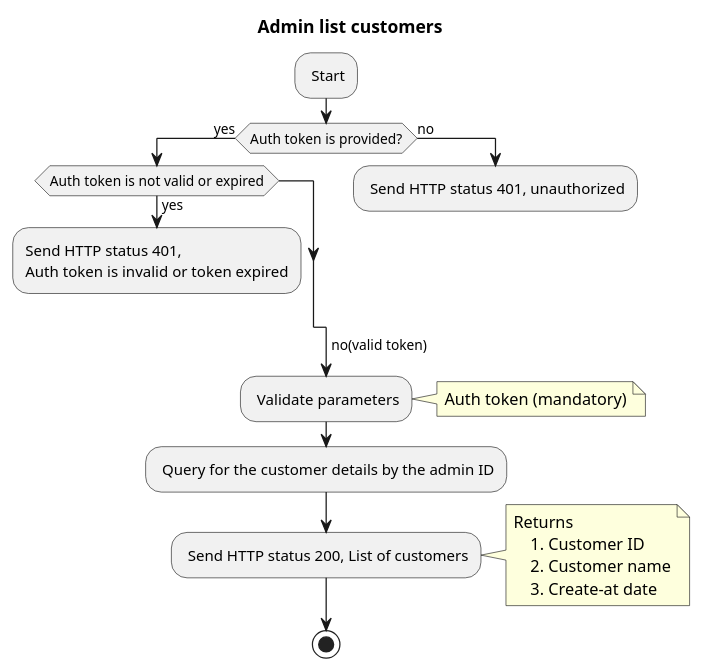
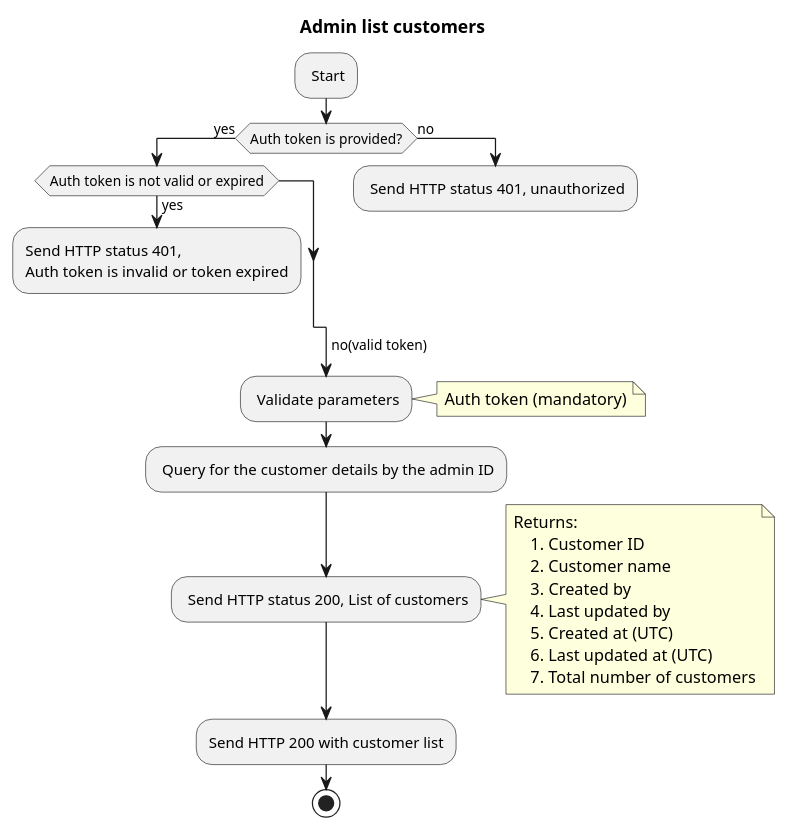
The diagram in docsrc/apidocs/api-workflow/api-admin/admin-get-customer-list.puml (SonySemiconductorSolutions/aitrios-sample-tool-angle-adjustment), drawn with PlantUML before and after one commit. The commit also changed 251 other files, not shown here.

```diff
--- a/docsrc/apidocs/api-workflow/api-admin/admin-get-customer-list.puml
+++ b/docsrc/apidocs/api-workflow/api-admin/admin-get-customer-list.puml
@@ -1,29 +1,34 @@
 @startuml Admin list customers
 title Admin list customers
 
 : Start;
 if (Auth token is provided?) then (yes)
     if (Auth token is not valid or expired) then (yes)
         :Send HTTP status 401,
         Auth token is invalid or token expired;
         kill
     endif
 else (no)
     : Send HTTP status 401, unauthorized;
     kill
 endif
 ->no(valid token);
 : Validate parameters;
 note right
     Auth token (mandatory)
 end note
 : Query for the customer details by the admin ID;
 : Send HTTP status 200, List of customers;
 note right
-    Returns
+    Returns:
         1. Customer ID
         2. Customer name
-        3. Create-at date
+        3. Created by
+        4. Last updated by
+        5. Created at (UTC)
+        6. Last updated at (UTC)
+        7. Total number of customers
 end note
+:Send HTTP 200 with customer list;
 stop
 @enduml
```
